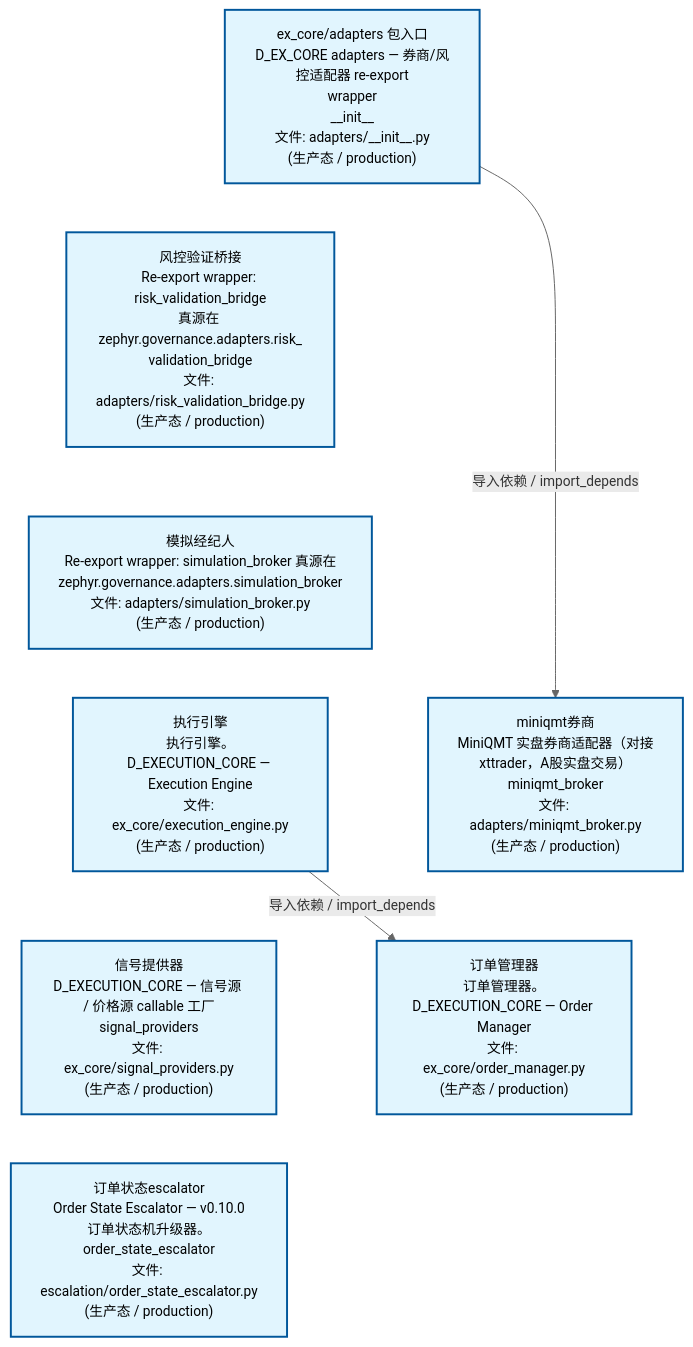
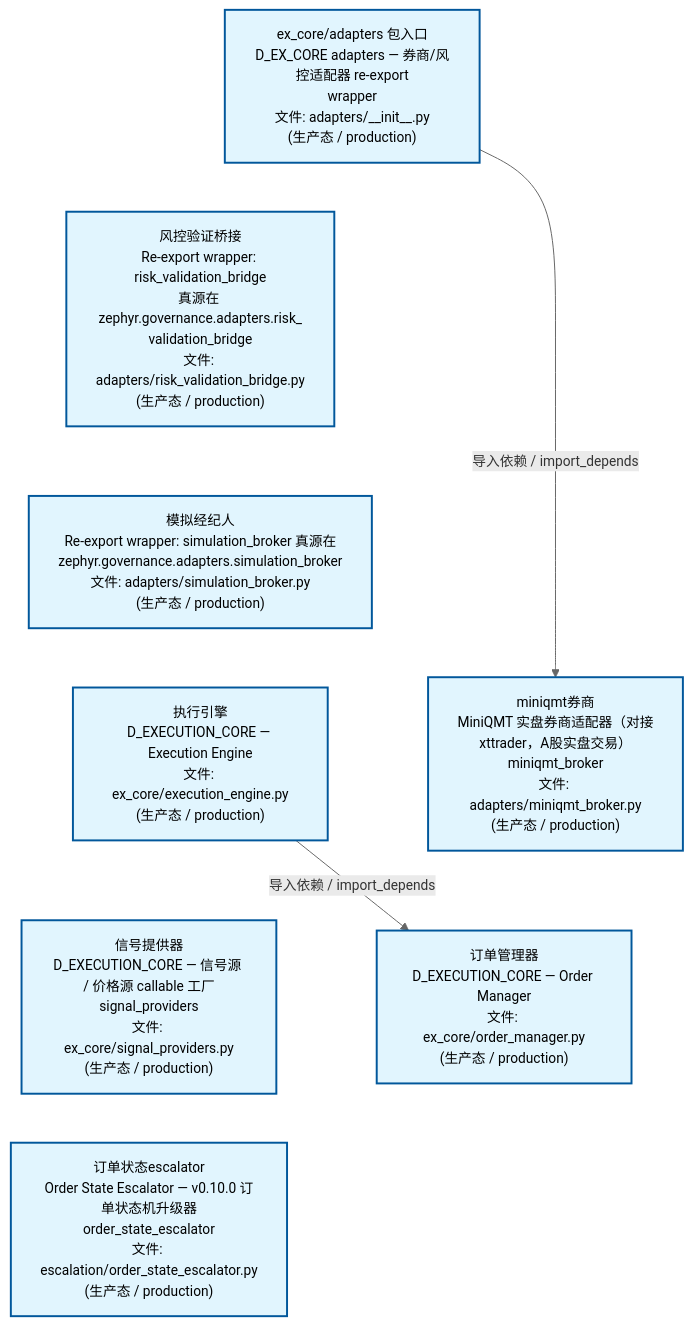
One commit to xuanFelixVan/ZephyrAlpha changed the second of 4 diagrams in docs/02_enterprise_architecture/02_domain_architecture_docs/44_d_ex_core.md. Above: the diagram before and after it, drawn with Mermaid. The commit also changed other lines of this file and 63 other files, not shown here.

````diff
--- a/docs/02_enterprise_architecture/02_domain_architecture_docs/44_d_ex_core.md
+++ b/docs/02_enterprise_architecture/02_domain_architecture_docs/44_d_ex_core.md
@@ -169,25 +169,25 @@
 ```mermaid
 %%{init: {'theme': 'base', 'themeVariables': {'primaryColor': '#eaeaea', 'primaryTextColor': '#333333', 'primaryBorderColor': '#666666', 'lineColor': '#666666', 'secondaryColor': '#eaeaea', 'tertiaryColor': '#eaeaea', 'fontSize': '14px'}}}%%
 flowchart TD
-    src_zephyr_ex_core_adapters_init_py["ex_core/adapters 包入口<br/>D_EX_CORE adapters — 券商/风控适配器 re-export<br/>wrapper<br/>__init__<br/>文件: adapters/__init__.py<br/>(生产态 / production)"]
+    src_zephyr_ex_core_adapters_init_py["ex_core/adapters 包入口<br/>D_EX_CORE adapters — 券商/风控适配器 re-export<br/>wrapper<br/>文件: adapters/__init__.py<br/>(生产态 / production)"]
     src_zephyr_ex_core_adapters_risk_validation_bridge_py["风控验证桥接<br/>Re-export wrapper: risk_validation_bridge<br/>真源在 zephyr.governance.adapters.risk_<br/>validation_bridge<br/>文件: adapters/risk_validation_bridge.py<br/>(生产态 / production)"]
     src_zephyr_ex_core_adapters_simulation_broker_py["模拟经纪人<br/>Re-export wrapper: simulation_broker 真源在<br/>zephyr.governance.adapters.simulation_broker<br/>文件: adapters/simulation_broker.py<br/>(生产态 / production)"]
-    src_zephyr_ex_core_execution_engine_py["执行引擎<br/>执行引擎。D_EXECUTION_CORE — Execution Engine<br/>文件: ex_core/execution_engine.py<br/>(生产态 / production)"]
+    src_zephyr_ex_core_execution_engine_py["执行引擎<br/>D_EXECUTION_CORE — Execution Engine<br/>文件: ex_core/execution_engine.py<br/>(生产态 / production)"]
     src_zephyr_ex_core_signal_providers_py["信号提供器<br/>D_EXECUTION_CORE — 信号源 / 价格源 callable 工厂<br/>signal_providers<br/>文件: ex_core/signal_providers.py<br/>(生产态 / production)"]
-    src_zephyr_governance_escalation_order_state_escalator_py["订单状态escalator<br/>Order State Escalator — v0.10.0<br/>订单状态机升级器。<br/>order_state_escalator<br/>文件: escalation/order_state_escalator.py<br/>(生产态 / production)"]
+    src_zephyr_governance_escalation_order_state_escalator_py["订单状态escalator<br/>Order State Escalator — v0.10.0 订单状态机升级器<br/>order_state_escalator<br/>文件: escalation/order_state_escalator.py<br/>(生产态 / production)"]
     src_zephyr_ex_core_adapters_init_py ~~~ src_zephyr_ex_core_adapters_risk_validation_bridge_py
     src_zephyr_ex_core_adapters_risk_validation_bridge_py ~~~ src_zephyr_ex_core_adapters_simulation_broker_py
     src_zephyr_ex_core_adapters_simulation_broker_py ~~~ src_zephyr_ex_core_execution_engine_py
     src_zephyr_ex_core_execution_engine_py ~~~ src_zephyr_ex_core_signal_providers_py
     src_zephyr_ex_core_signal_providers_py ~~~ src_zephyr_governance_escalation_order_state_escalator_py
     src_zephyr_ex_core_adapters_miniqmt_broker_py["miniqmt券商<br/>MiniQMT 实盘券商适配器（对接<br/>xttrader，A股实盘交易）<br/>miniqmt_broker<br/>文件: adapters/miniqmt_broker.py<br/>(生产态 / production)"]
-    src_zephyr_ex_core_order_manager_py["订单管理器<br/>订单管理器。D_EXECUTION_CORE — Order Manager<br/>文件: ex_core/order_manager.py<br/>(生产态 / production)"]
+    src_zephyr_ex_core_order_manager_py["订单管理器<br/>D_EXECUTION_CORE — Order Manager<br/>文件: ex_core/order_manager.py<br/>(生产态 / production)"]
     src_zephyr_ex_core_adapters_miniqmt_broker_py ~~~ src_zephyr_ex_core_order_manager_py
     src_zephyr_ex_core_execution_engine_py -->|导入依赖 / import_depends| src_zephyr_ex_core_order_manager_py
     src_zephyr_ex_core_adapters_init_py -->|导入依赖 / import_depends| src_zephyr_ex_core_adapters_miniqmt_broker_py
     classDef production fill:#e1f5fe,stroke:#01579b,stroke-width:2px,color:#000
     classDef design fill:#fff3e0,stroke:#e65100,stroke-width:2px,color:#000,stroke-dasharray: 5 5
     classDef external_prod fill:#e8f4fd,stroke:#0277bd,stroke-width:1px,color:#000
     classDef external_design fill:#fff8e7,stroke:#ef6c00,stroke-width:1px,color:#000,stroke-dasharray: 5 5
     class src_zephyr_ex_core_adapters_init_py,src_zephyr_ex_core_adapters_miniqmt_broker_py,src_zephyr_ex_core_adapters_risk_validation_bridge_py,src_zephyr_ex_core_adapters_simulation_broker_py,src_zephyr_ex_core_execution_engine_py,src_zephyr_ex_core_order_manager_py,src_zephyr_ex_core_signal_providers_py,src_zephyr_governance_escalation_order_state_escalator_py production
 ```
````
